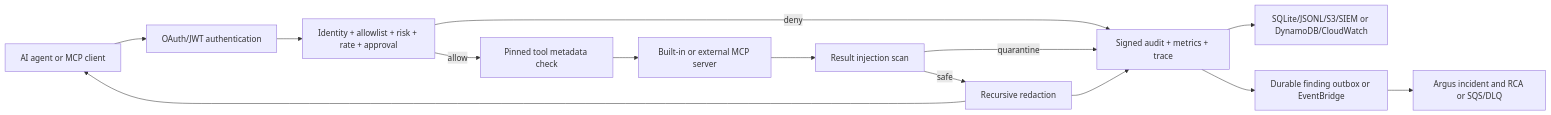
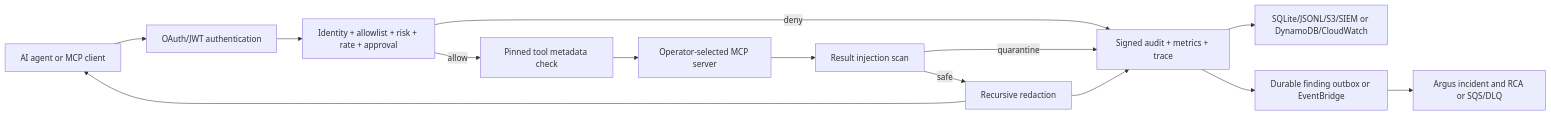
Before and after one commit to gaurav-gs7/Judikt: the diagram in README.md, drawn with Mermaid. The commit also changed other lines of this file and 3 other files, not shown here.

````diff
--- a/README.md
+++ b/README.md
@@ -63,16 +63,16 @@
 ```mermaid
 flowchart LR
     Agent["AI agent or MCP client"] --> Auth["OAuth/JWT authentication"]
     Auth --> Request["Identity + allowlist + risk + rate + approval"]
     Request -->|"deny"| Evidence["Signed audit + metrics + trace"]
     Request -->|"allow"| Integrity["Pinned tool metadata check"]
-    Integrity --> Upstream["Built-in or external MCP server"]
+    Integrity --> Upstream["Operator-selected MCP server"]
     Upstream --> Inspect["Result injection scan"]
     Inspect -->|"quarantine"| Evidence
     Inspect -->|"safe"| Redact["Recursive redaction"]
     Redact --> Agent
     Redact --> Evidence
     Evidence --> Sink["SQLite/JSONL/S3/SIEM or DynamoDB/CloudWatch"]
     Evidence --> Finding["Durable finding outbox or EventBridge"]
     Finding --> Incident["Argus incident and RCA or SQS/DLQ"]
 ```
````
